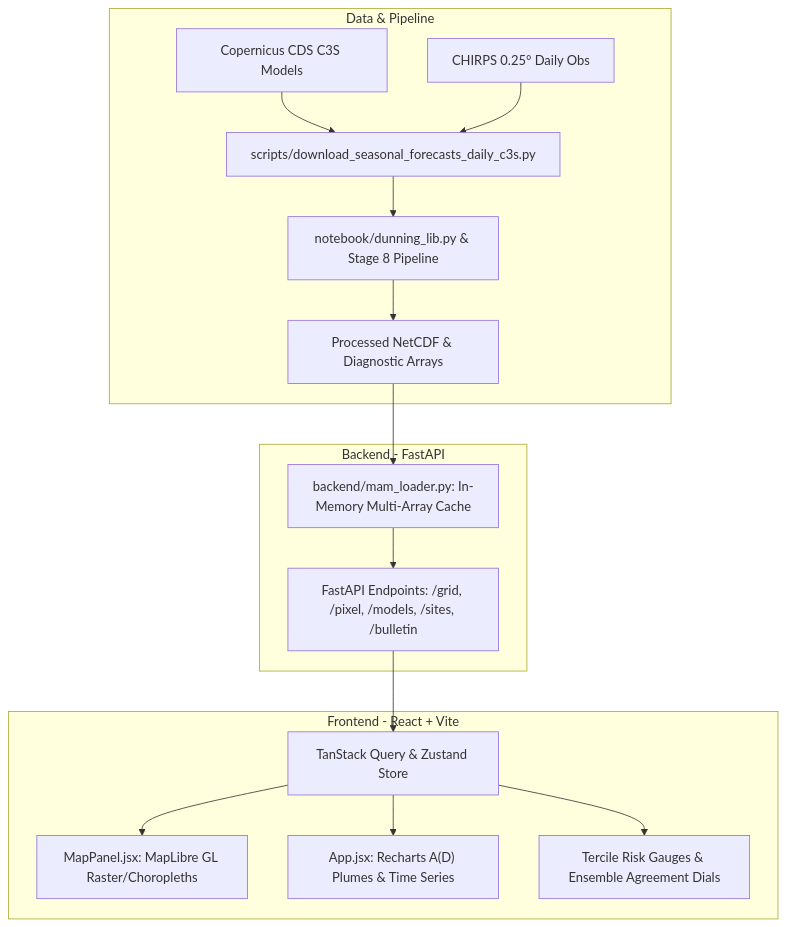
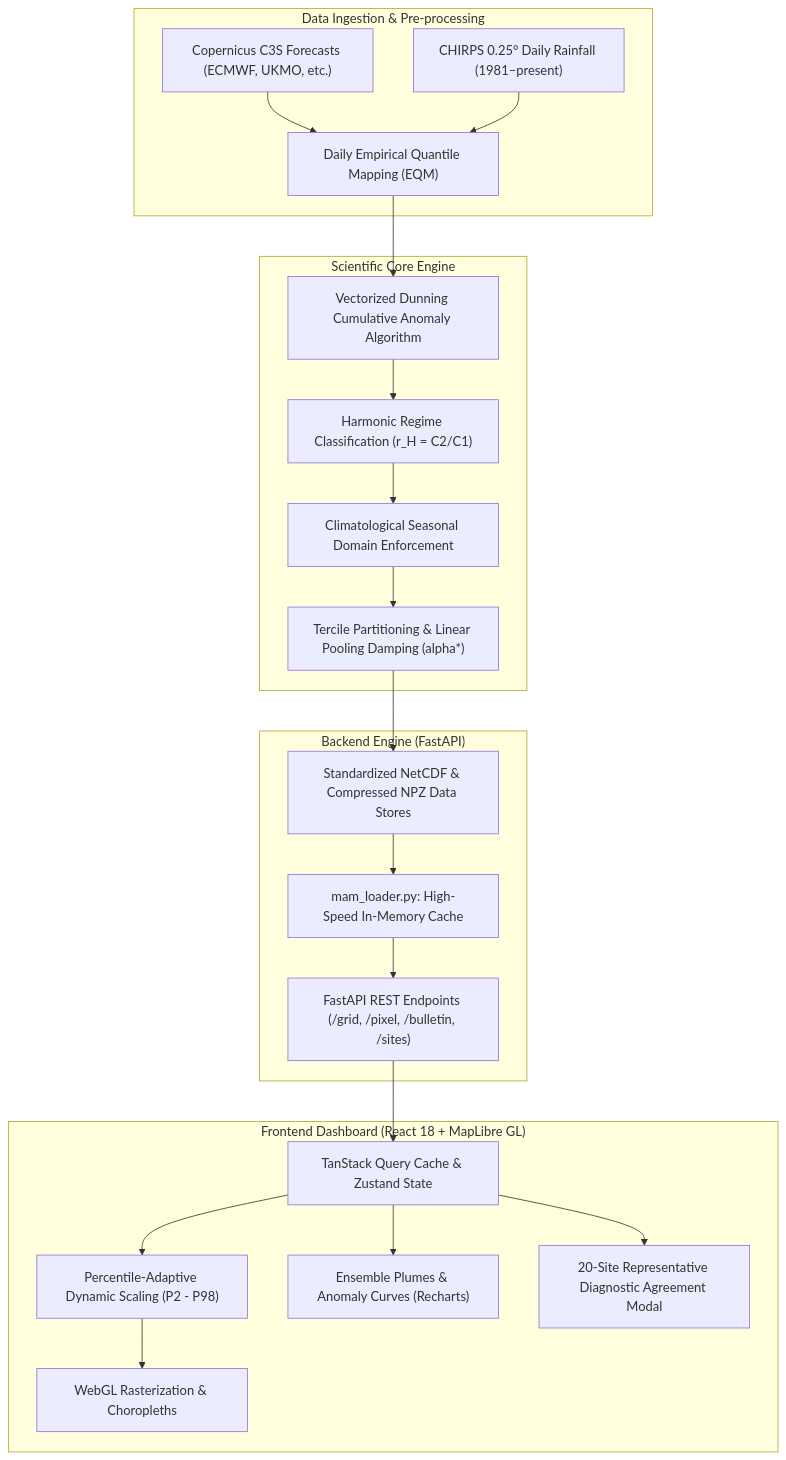
One commit to YonSci/-Operational-Multi-Model-Seasonal-Forecasting-System changed the diagram in README.md. Above: the diagram before and after it, drawn with Mermaid. The commit also changed other lines of this file and 2 other files, not shown here.

````diff
--- a/README.md
+++ b/README.md
@@ -105,21 +200,28 @@
 ```mermaid
 flowchart TD
-    subgraph Pipeline["Data & Pipeline"]
-        CDS["Copernicus CDS C3S Models"] --> Ingest["scripts/download_seasonal_forecasts_daily_c3s.py"]
-        CHIRPS["CHIRPS 0.25° Daily Obs"] --> Ingest
-        Ingest --> DunningEngine["notebook/dunning_lib.py & Stage 8 Pipeline"]
-        DunningEngine --> Processed["Processed NetCDF & Diagnostic Arrays"]
+    subgraph Ingestion["Data Ingestion & Pre-processing"]
+        CDS["Copernicus C3S Forecasts (ECMWF, UKMO, etc.)"] --> BiasCorrection["Daily Empirical Quantile Mapping (EQM)"]
+        CHIRPS["CHIRPS 0.25° Daily Rainfall (1981–present)"] --> BiasCorrection
     end
 
-    subgraph Backend["Backend - FastAPI"]
-        Processed --> Loader["backend/mam_loader.py: In-Memory Multi-Array Cache"]
-        Loader --> API["FastAPI Endpoints: /grid, /pixel, /models, /sites, /bulletin"]
+    subgraph ScientificCore["Scientific Core Engine"]
+        BiasCorrection --> DunningAlgorithm["Vectorized Dunning Cumulative Anomaly Algorithm"]
+        DunningAlgorithm --> HarmonicRegimes["Harmonic Regime Classification (r_H = C2/C1)"]
+        HarmonicRegimes --> SeasonalMasks["Climatological Seasonal Domain Enforcement"]
+        SeasonalMasks --> Terciles["Tercile Partitioning & Linear Pooling Damping (alpha*)"]
     end
 
-    subgraph Frontend["Frontend - React + Vite"]
-        API --> QueryCache["TanStack Query & Zustand Store"]
-        QueryCache --> MapEngine["MapPanel.jsx: MapLibre GL Raster/Choropleths"]
-        QueryCache --> PlumeCharts["App.jsx: Recharts A(D) Plumes & Time Series"]
-        QueryCache --> Gauges["Tercile Risk Gauges & Ensemble Agreement Dials"]
+    subgraph BackendEngine["Backend Engine (FastAPI)"]
+        Terciles --> NetCDFStore["Standardized NetCDF & Compressed NPZ Data Stores"]
+        NetCDFStore --> MemoryCache["mam_loader.py: High-Speed In-Memory Cache"]
+        MemoryCache --> Endpoints["FastAPI REST Endpoints (/grid, /pixel, /bulletin, /sites)"]
+    end
+
+    subgraph FrontendApp["Frontend Dashboard (React 18 + MapLibre GL)"]
+        Endpoints --> QueryEngine["TanStack Query Cache & Zustand State"]
+        QueryEngine --> DynamicScaling["Percentile-Adaptive Dynamic Scaling (P2 - P98)"]
+        DynamicScaling --> MapLibreCanvas["WebGL Rasterization & Choropleths"]
+        QueryEngine --> PlumeVisualizer["Ensemble Plumes & Anomaly Curves (Recharts)"]
+        QueryEngine --> AuditModal["20-Site Representative Diagnostic Agreement Modal"]
     end
 ```
````
